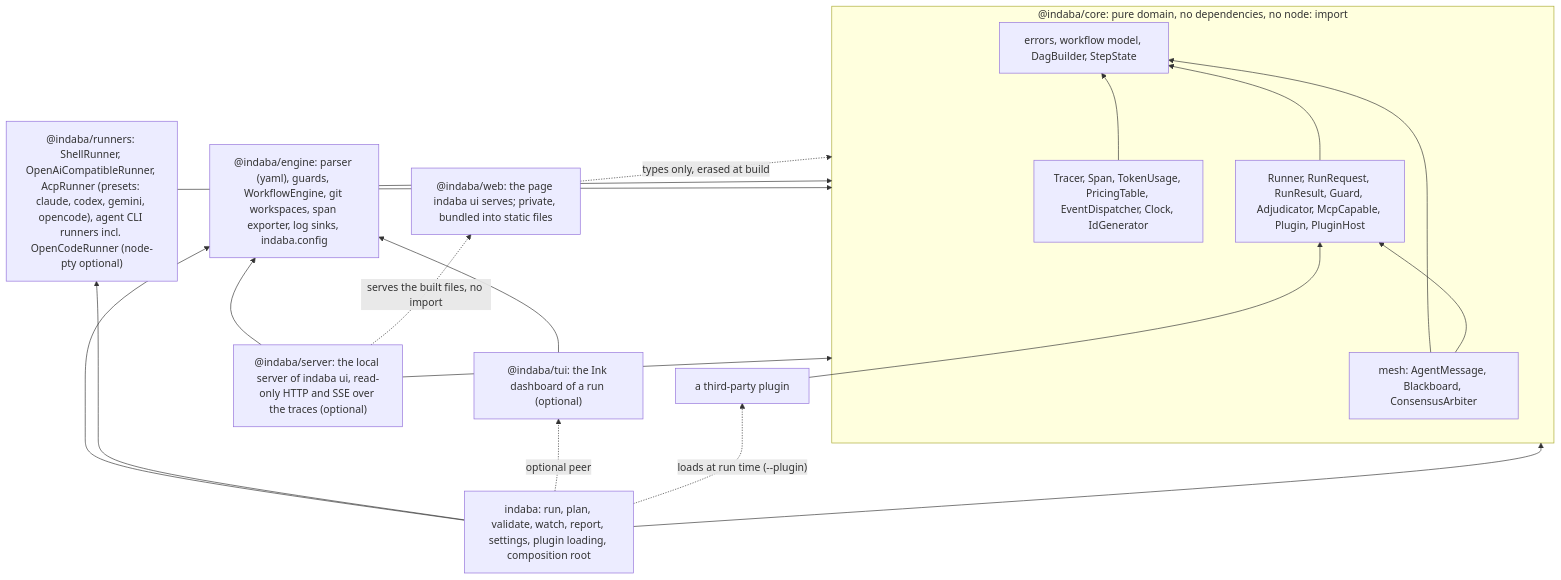
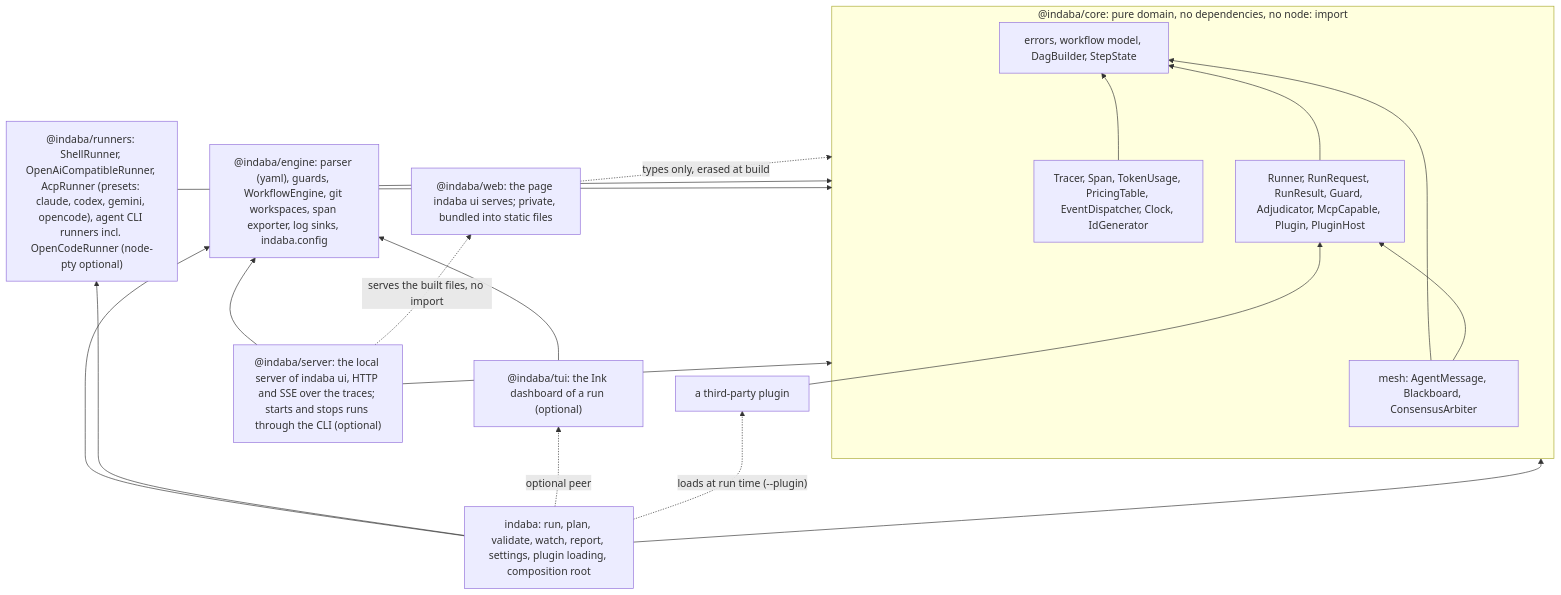
The first of 2 diagrams in specs/DEPENDENCY_MAP.md (yaotzin1/indaba), drawn with Mermaid before and after one commit. The commit also changed other lines of this file and 46 other files, not shown here.

````diff
--- a/specs/DEPENDENCY_MAP.md
+++ b/specs/DEPENDENCY_MAP.md
@@ -7,35 +7,35 @@
 ```mermaid
 graph BT
     subgraph Domain["@indaba/core: pure domain, no dependencies, no node: import"]
         Core["errors, workflow model, DagBuilder, StepState"]
         Mesh["mesh: AgentMessage, Blackboard, ConsensusArbiter"]
         Contracts["Runner, RunRequest, RunResult, Guard, Adjudicator, McpCapable, Plugin, PluginHost"]
         Obs["Tracer, Span, TokenUsage, PricingTable, EventDispatcher, Clock, IdGenerator"]
     end
 
     Engine["@indaba/engine: parser (yaml), guards, WorkflowEngine, git workspaces, span exporter, log sinks, indaba.config"]
     Runners["@indaba/runners: ShellRunner, OpenAiCompatibleRunner, AcpRunner (presets: claude, codex, gemini, opencode), agent CLI runners incl. OpenCodeRunner (node-pty optional)"]
     Cli["indaba: run, plan, validate, watch, report, settings, plugin loading, composition root"]
     Tui["@indaba/tui: the Ink dashboard of a run (optional)"]
-    Server["@indaba/server: the local server of indaba ui, read-only HTTP and SSE over the traces (optional)"]
+    Server["@indaba/server: the local server of indaba ui, HTTP and SSE over the traces; starts and stops runs through the CLI (optional)"]
     Web["@indaba/web: the page indaba ui serves; private, bundled into static files"]
     Plugin["a third-party plugin"]
 
     Mesh --> Core
     Mesh --> Contracts
     Contracts --> Core
     Obs --> Core
     Engine --> Domain
     Runners --> Domain
     Cli --> Engine
     Cli --> Runners
     Cli --> Domain
     Cli -. "optional peer" .-> Tui
     Tui --> Engine
     Server --> Engine
     Server --> Domain
     Web -. "types only, erased at build" .-> Domain
     Server -. "serves the built files, no import" .-> Web
     Plugin --> Contracts
     Cli -. "loads at run time (--plugin)" .-> Plugin
 ```
````
